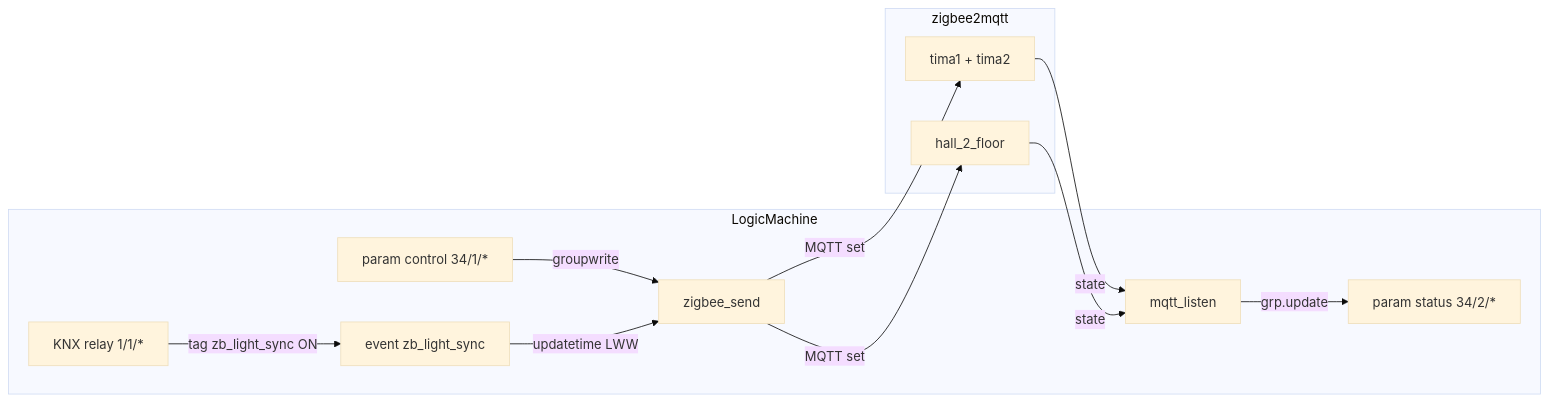
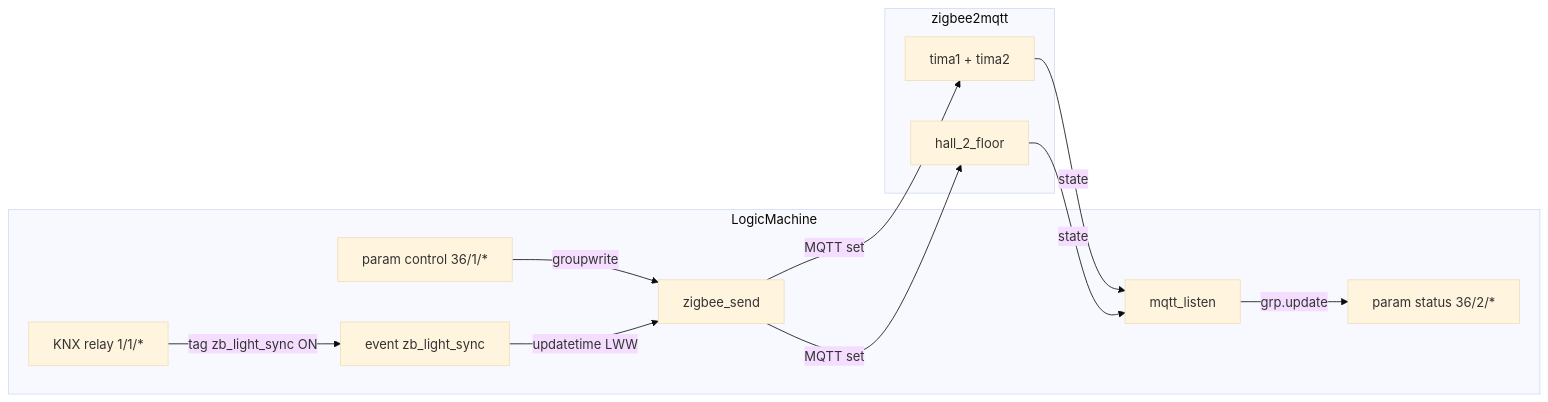
One commit to AlexeyKorzhebin/CottegeMonitoring changed the diagram in docs/superpowers/specs/2026-11-24-zigbee-ceiling-light-params-design.md. Above: the diagram before and after it, drawn with Mermaid (base theme). The commit also changed other lines of this file and 10 other files, not shown here.

````diff
--- a/docs/superpowers/specs/2026-11-24-zigbee-ceiling-light-params-design.md
+++ b/docs/superpowers/specs/2026-11-24-zigbee-ceiling-light-params-design.md
@@ -57,23 +57,23 @@
 ```mermaid
 flowchart LR
   subgraph lm [LogicMachine]
     Relay["KNX relay 1/1/*"]
-    Ctrl["param control 34/1/*"]
-    Stat["param status 34/2/*"]
+    Ctrl["param control 36/1/*"]
+    Stat["param status 36/2/*"]
     Send["zigbee_send"]
     Listen["mqtt_listen"]
     Sync["event zb_light_sync"]
   end
   subgraph z2m [zigbee2mqtt]
     Tima["tima1 + tima2"]
     Hall["hall_2_floor"]
   end
   Ctrl -->|groupwrite| Send
   Send -->|MQTT set| Tima
   Send -->|MQTT set| Hall
   Tima -->|state| Listen
   Hall -->|state| Listen
   Listen -->|grp.update| Stat
   Relay -->|tag zb_light_sync ON| Sync
   Sync -->|updatetime LWW| Send
 ```
````
